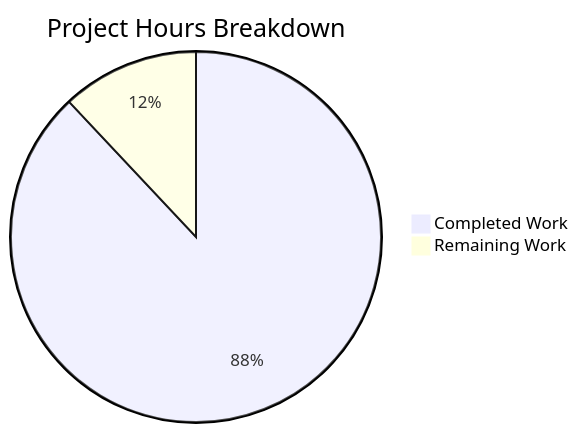
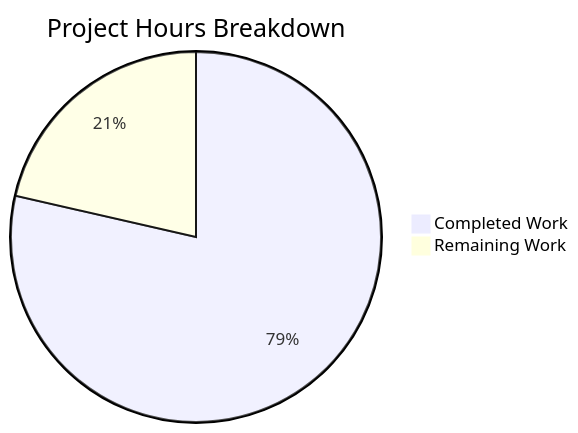
The first of 2 diagrams in blitzy/documentation/Project Guide.md (hardik-blitzy/react-weather-app), drawn with Mermaid before and after one commit. The commit also changed other lines of this file, not shown here.

Commit message:
Adding Blitzy Project Guide: Project Status and Human Tasks Remaining

````diff
--- a/blitzy/documentation/Project Guide.md
+++ b/blitzy/documentation/Project Guide.md
@@ -27,5 +58,5 @@
 ```mermaid
 pie title Project Hours Breakdown
     "Completed Work" : 22
-    "Remaining Work" : 3
+    "Remaining Work" : 6
 ```
````
